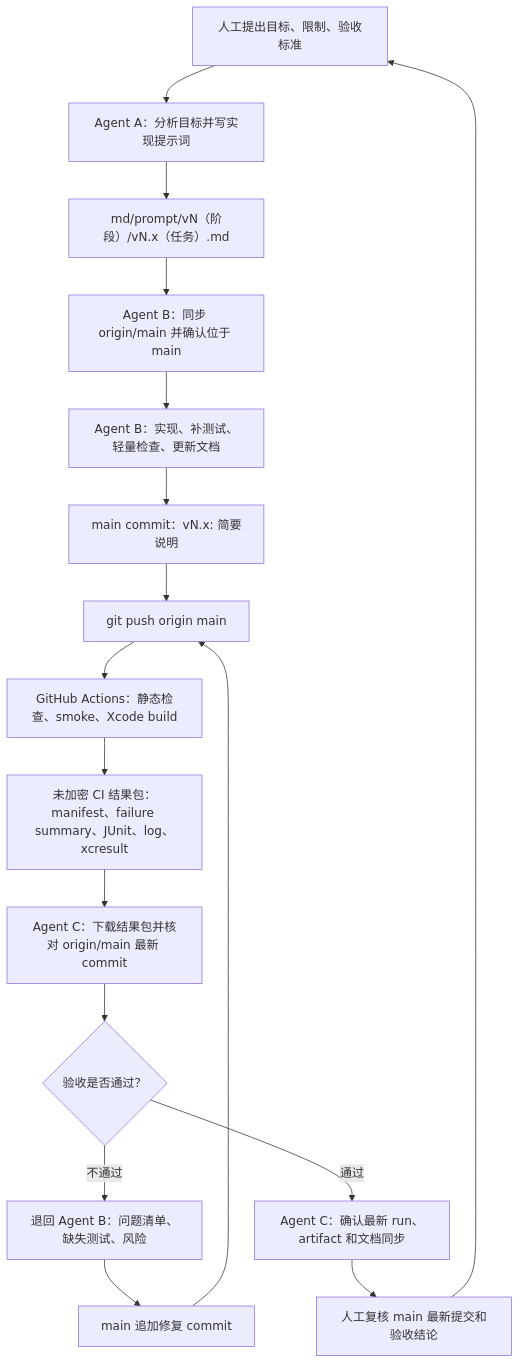
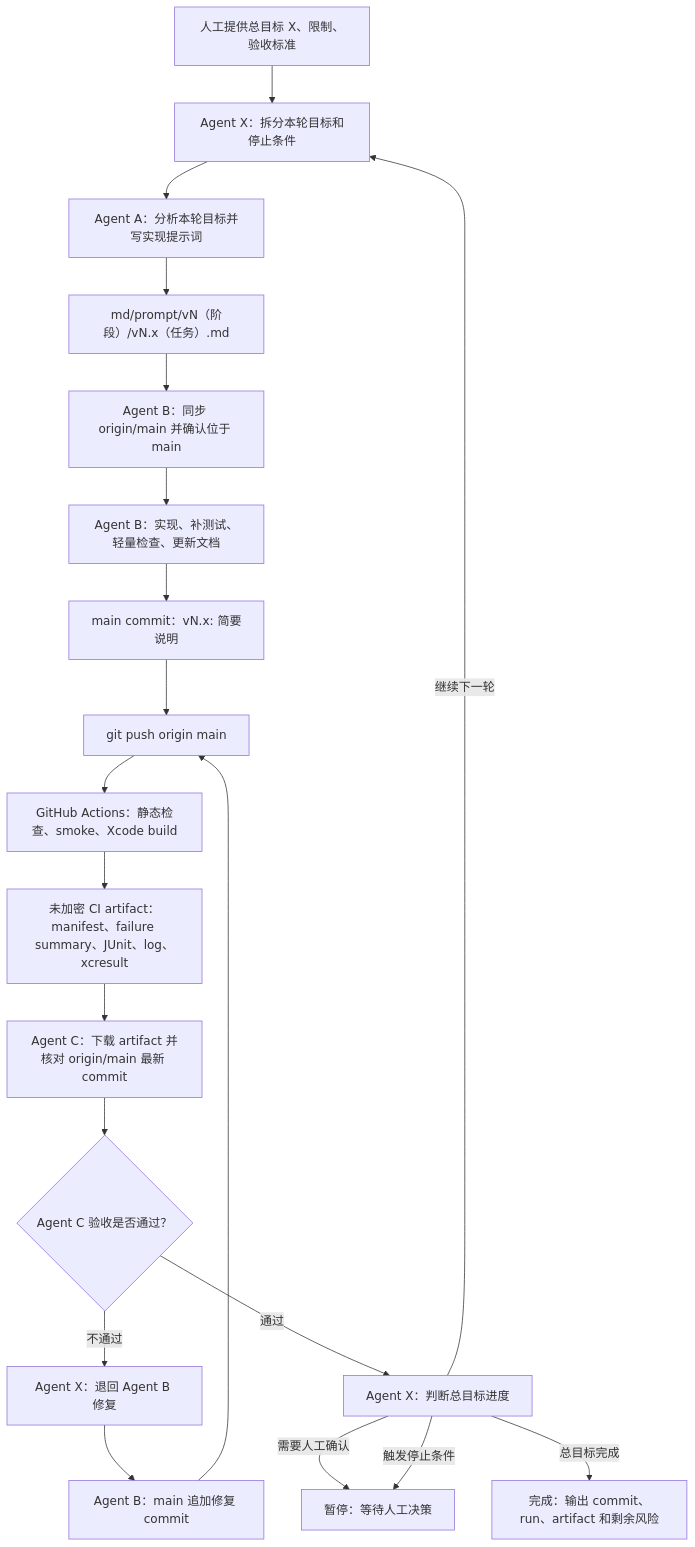
Before and after one commit to Altman-sam114/116: the fourth of 5 diagrams in md/flow/flowchart.md, drawn with Mermaid. The commit also changed other lines of this file and 7 other files, not shown here.

````diff
--- a/md/flow/flowchart.md
+++ b/md/flow/flowchart.md
@@ -79,19 +79,22 @@
 ```mermaid
 flowchart TD
-  H["人工提出目标、限制、验收标准"] --> A["Agent A：分析目标并写实现提示词"]
+  H["人工提供总目标 X、限制、验收标准"] --> X["Agent X：拆分本轮目标和停止条件"]
+  X --> A["Agent A：分析本轮目标并写实现提示词"]
   A --> P["md/prompt/vN（阶段）/vN.x（任务）.md"]
   P --> S["Agent B：同步 origin/main 并确认位于 main"]
   S --> B["Agent B：实现、补测试、轻量检查、更新文档"]
   B --> M["main commit：vN.x: 简要说明"]
   M --> U["git push origin main"]
   U --> G["GitHub Actions：静态检查、smoke、Xcode build"]
-  G --> Q["未加密 CI 结果包：manifest、failure summary、JUnit、log、xcresult"]
-  Q --> C["Agent C：下载结果包并核对 origin/main 最新 commit"]
-  C --> D{"验收是否通过？"}
-  D -->|不通过| B2["退回 Agent B：问题清单、缺失测试、风险"]
-  B2 --> R["main 追加修复 commit"]
+  G --> Q["未加密 CI artifact：manifest、failure summary、JUnit、log、xcresult"]
+  Q --> C["Agent C：下载 artifact 并核对 origin/main 最新 commit"]
+  C --> D{"Agent C 验收是否通过？"}
+  D -->|不通过| BX["Agent X：退回 Agent B 修复"]
+  BX --> R["Agent B：main 追加修复 commit"]
   R --> U
-  D -->|通过| F["Agent C：确认最新 run、artifact 和文档同步"]
-  F --> K["人工复核 main 最新提交和验收结论"]
-  K --> H
+  D -->|通过| J["Agent X：判断总目标进度"]
+  J -->|继续下一轮| X
+  J -->|需要人工确认| W["暂停：等待人工决策"]
+  J -->|总目标完成| F["完成：输出 commit、run、artifact 和剩余风险"]
+  J -->|触发停止条件| W
 ```
````
